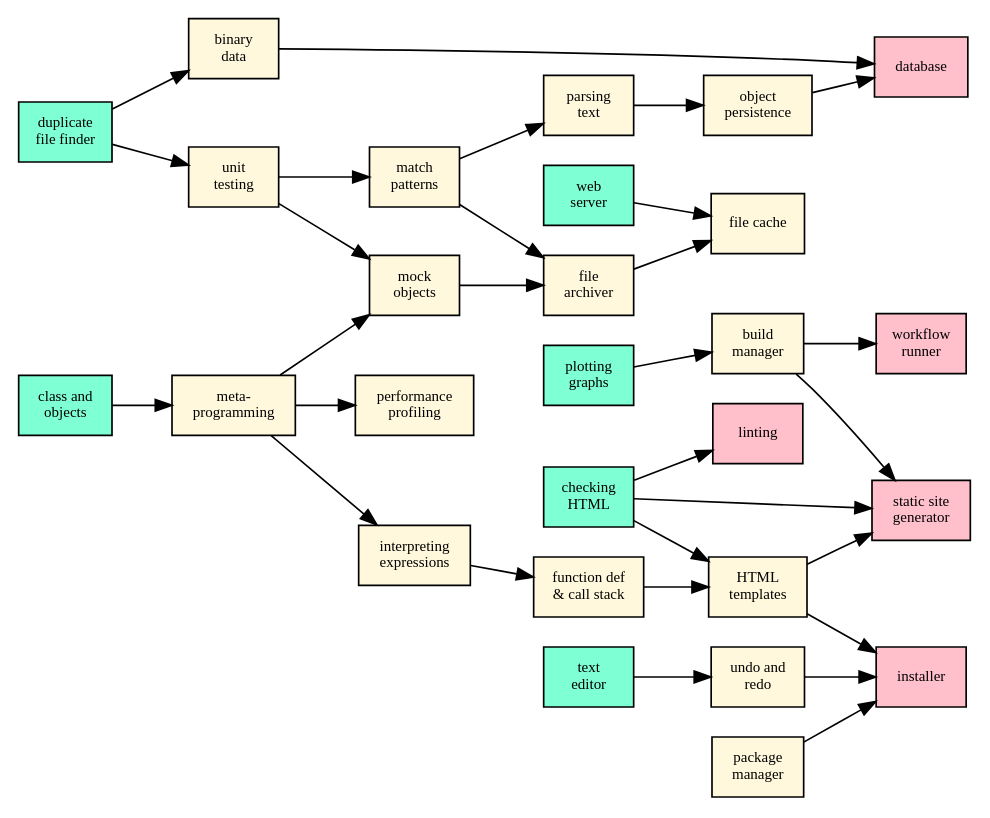
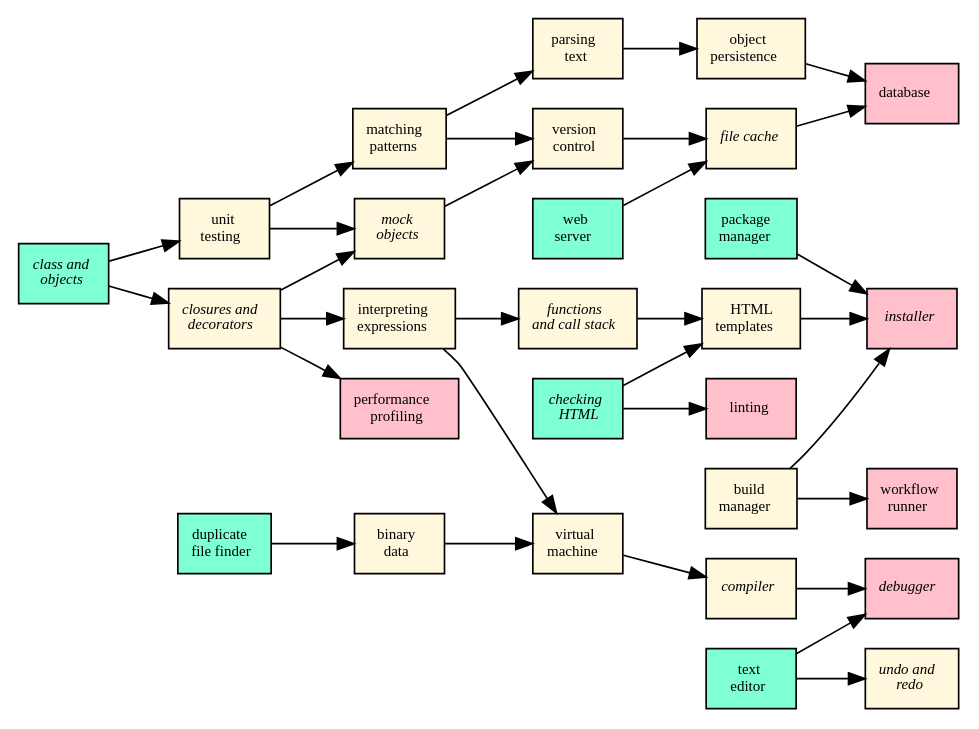
One commit to gvwilson/sdxpy changed the diagram in src/intro/syllabus.dot. Above: the diagram before and after it, drawn with Graphviz. The commit also changed 3 other files, not shown here.

```diff
--- a/src/intro/syllabus.dot
+++ b/src/intro/syllabus.dot
@@ -1,63 +1,65 @@
 digraph syllabus {
   node [fontname = Verdana, fontsize = 9, shape = box, style = filled];
   rankdir = RL;
   edge [dir = "back"];
 
-  archive [label = "file\narchiver", fillcolor = cornsilk];
-  binary [label = "binary\ndata", fillcolor = cornsilk];
-  build [label = "build\nmanager", fillcolor = cornsilk];
-  cache [label = "file cache", fillcolor = cornsilk];
-  check [label = "checking\nHTML", fillcolor = aquamarine];
-  db [label = "database", fillcolor = pink];
-  dup [label = "duplicate\nfile finder", fillcolor = aquamarine];
-  editor [label = "text\neditor", fillcolor = aquamarine];
-  flow [label = "workflow\nrunner", fillcolor = pink];
-  func [label = "function def\n& call stack", fillcolor = cornsilk];
-  glob [label = "match\npatterns", fillcolor = cornsilk];
-  install [label = "installer", fillcolor = pink];
-  interp [label = "interpreting\nexpressions", fillcolor = cornsilk];
-  lint [label = "linting", fillcolor = pink];
-  meta [label = "meta-\nprogramming", fillcolor = cornsilk];
-  mock [label = "mock\nobjects", fillcolor = cornsilk];
-  oop [label = "class and\nobjects", fillcolor = aquamarine];
-  pack [label = "package\nmanager", fillcolor = cornsilk];
-  parse [label = "parsing\ntext", fillcolor = cornsilk];
-  perf [label = "performance\nprofiling", fillcolor = cornsilk];
-  persist [label = "object\npersistence", fillcolor = cornsilk];
-  plot [label = "plotting\ngraphs", fillcolor = aquamarine];
-  server [label = "web\nserver", fillcolor = aquamarine];
-  ssg [label = "static site\ngenerator", fillcolor = pink];
-  template [label = "HTML\ntemplates", fillcolor = cornsilk];
-  test [label = "unit\ntesting", fillcolor = cornsilk];
-  undo [label = "undo and\nredo", fillcolor = cornsilk];
+  archive [label = <version<br/>control>, fillcolor = cornsilk];
+  binary [label = <binary<br/>data>, fillcolor = cornsilk];
+  build [label = <build<br/>manager>, fillcolor = cornsilk];
+  cache [label = <<i>file cache</i>>, fillcolor = cornsilk];
+  check [label = <<i>checking<br/>HTML</i>>, fillcolor = aquamarine];
+  compiler [label = <<i>compiler</i>>, fillcolor = cornsilk];
+  debug [label = <<i>debugger</i>>, fillcolor = pink];
+  db [label = <database>, fillcolor = pink];
+  dup [label = <duplicate<br/>file finder>, fillcolor = aquamarine];
+  editor [label = <text<br/>editor>, fillcolor = aquamarine];
+  flow [label = <workflow<br/>runner>, fillcolor = pink];
+  func [label = <<i>functions<br/>and call stack</i>>, fillcolor = cornsilk];
+  glob [label = <matching<br/>patterns>, fillcolor = cornsilk];
+  install [label = <<i>installer</i>>, fillcolor = pink];
+  interp [label = <interpreting<br/>expressions>, fillcolor = cornsilk];
+  lint [label = <linting>, fillcolor = pink];
+  meta [label = <<i>closures and<br/>decorators</i>>, fillcolor = cornsilk];
+  mock [label = <<i>mock<br/>objects</i>>, fillcolor = cornsilk];
+  oop [label = <<i>class and<br/>objects</i>>, fillcolor = aquamarine];
+  pack [label = <package<br/>manager>, fillcolor = aquamarine];
+  parse [label = <parsing<br/>text>, fillcolor = cornsilk];
+  perf [label = <performance<br/>profiling>, fillcolor = pink];
+  persist [label = <object<br/>persistence>, fillcolor = cornsilk];
+  server [label = <web<br/>server>, fillcolor = aquamarine];
+  template [label = <HTML<br/>templates>, fillcolor = cornsilk];
+  test [label = <unit<br/>testing>, fillcolor = cornsilk];
+  undo [label = <<i>undo and<br/>redo</i>>, fillcolor = cornsilk];
+  vm [label = <virtual<br/>machine>, fillcolor = cornsilk];
 
   archive -> {mock, glob};
   binary -> {dup};
-  build -> {plot};
   cache -> {archive, server};
-  db -> {binary, persist};
+  compiler -> {vm};
+  db -> {cache, persist};
+  debug -> {compiler, editor};
   flow -> {build};
   func -> {interp};
   glob -> {test};
-  install -> {pack, template, undo};
+  install -> {build, pack, template};
   interp -> {meta};
   lint -> {check};
   meta -> {oop};
   mock -> {meta, test};
   parse -> {glob};
   perf -> {meta};
   persist -> {parse};
-  ssg -> {build, check, template}
   template -> {check, func};
-  test -> {dup};
+  test -> {oop};
   undo -> {editor};
+  vm -> {binary, interp};
 
   /*
   subgraph cluster_legend {
     source [label = "source", fillcolor = aquamarine];
     flow [label = "flow", fillcolor = cornsilk];
     sink [label = "sink", fillcolor = pink];
     sink -> flow -> source;
   }
   */
 }
```
